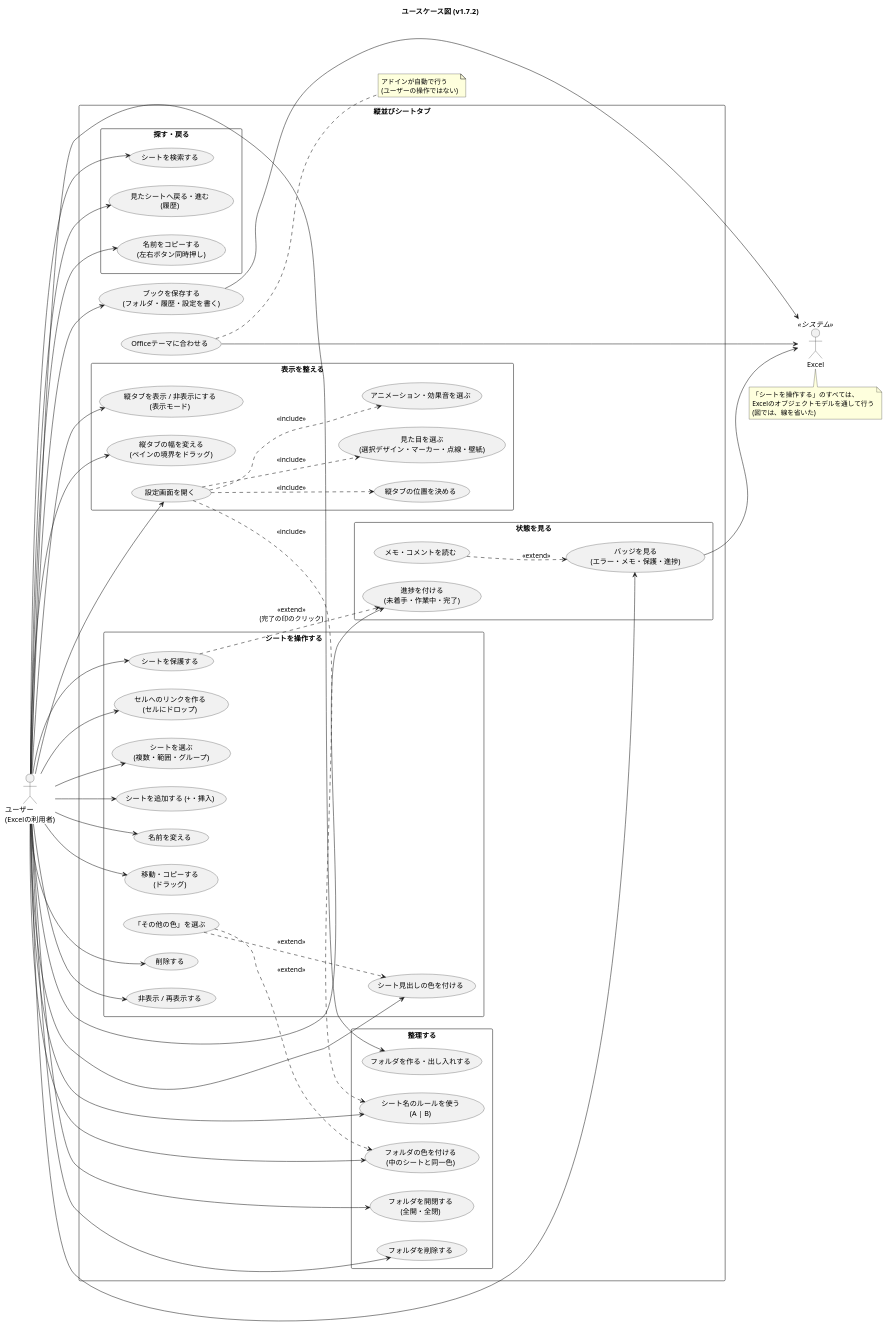
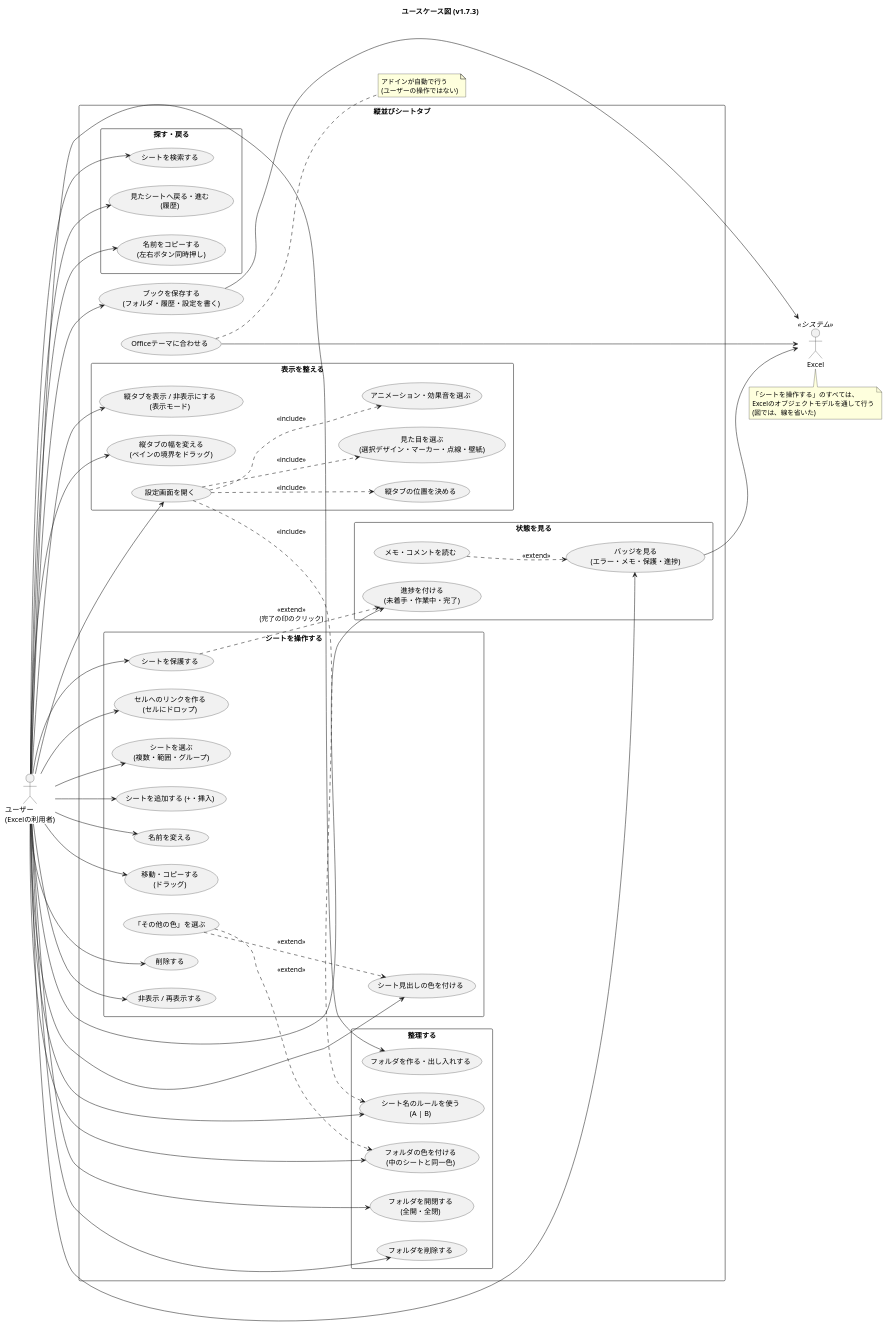
Before and after one commit to nk-taka623/VerticalSheetTabs: the diagram in docs/usecase.puml, drawn with PlantUML. The commit also changed 15 other files, not shown here.

```diff
--- a/docs/usecase.puml
+++ b/docs/usecase.puml
@@ -1,105 +1,105 @@
 @startuml
-title ユースケース図 (v1.7.2)
+title ユースケース図 (v1.7.3)
 left to right direction
 skinparam shadowing false
 skinparam packageStyle rectangle
 
 actor "ユーザー\n(Excelの利用者)" as U
 actor "Excel" as XL <<システム>>
 
 rectangle "縦並びシートタブ" {
 
   package "シートを操作する" {
     usecase "シートを選ぶ\n(複数・範囲・グループ)" as UC_SEL
     usecase "シートを追加する (+・挿入)" as UC_ADD
     usecase "名前を変える" as UC_REN
     usecase "移動・コピーする\n(ドラッグ)" as UC_MOVE
     usecase "削除する" as UC_DEL
     usecase "非表示 / 再表示する" as UC_HIDE
     usecase "シート見出しの色を付ける" as UC_COLOR
     usecase "「その他の色」を選ぶ" as UC_MORE
     usecase "シートを保護する" as UC_PROT
     usecase "セルへのリンクを作る\n(セルにドロップ)" as UC_LINK
   }
 
   package "整理する" {
     usecase "フォルダを作る・出し入れする" as UC_FOLDER
     usecase "フォルダを開閉する\n(全開・全閉)" as UC_TOGGLE
     usecase "フォルダの色を付ける\n(中のシートと同一色)" as UC_FCOLOR
     usecase "フォルダを削除する" as UC_FDEL
     usecase "シート名のルールを使う\n(A | B)" as UC_RULE
   }
 
   package "探す・戻る" {
     usecase "シートを検索する" as UC_SEARCH
     usecase "見たシートへ戻る・進む\n(履歴)" as UC_HIST
     usecase "名前をコピーする\n(左右ボタン同時押し)" as UC_COPY
   }
 
   package "状態を見る" {
     usecase "バッジを見る\n(エラー・メモ・保護・進捗)" as UC_BADGE
     usecase "メモ・コメントを読む" as UC_MEMO
     usecase "進捗を付ける\n(未着手・作業中・完了)" as UC_PROG
   }
 
   package "表示を整える" {
     usecase "縦タブを表示 / 非表示にする\n(表示モード)" as UC_MODE
     usecase "縦タブの位置を決める" as UC_SIDE
     usecase "縦タブの幅を変える\n(ペインの境界をドラッグ)" as UC_WIDTH
     usecase "設定画面を開く" as UC_SET
     usecase "見た目を選ぶ\n(選択デザイン・マーカー・点線・壁紙)" as UC_LOOK
     usecase "アニメーション・効果音を選ぶ" as UC_ANIM
   }
 
   usecase "ブックを保存する\n(フォルダ・履歴・設定を書く)" as UC_SAVE
   usecase "Officeテーマに合わせる" as UC_THEME
 }
 
 U --> UC_SEL
 U --> UC_ADD
 U --> UC_REN
 U --> UC_MOVE
 U --> UC_DEL
 U --> UC_HIDE
 U --> UC_COLOR
 U --> UC_PROT
 U --> UC_LINK
 U --> UC_FOLDER
 U --> UC_TOGGLE
 U --> UC_FCOLOR
 U --> UC_FDEL
 U --> UC_RULE
 U --> UC_SEARCH
 U --> UC_HIST
 U --> UC_COPY
 U --> UC_BADGE
 U --> UC_PROG
 U --> UC_MODE
 U --> UC_WIDTH
 U --> UC_SET
 U --> UC_SAVE
 
 UC_MORE ..> UC_COLOR : <<extend>>
 UC_MORE ..> UC_FCOLOR : <<extend>>
 UC_MEMO ..> UC_BADGE : <<extend>>
 UC_PROT ..> UC_PROG : <<extend>>\n(完了の印のクリック)
 UC_SET ..> UC_SIDE : <<include>>
 UC_SET ..> UC_LOOK : <<include>>
 UC_SET ..> UC_ANIM : <<include>>
 UC_SET ..> UC_RULE : <<include>>
 
 UC_SAVE --> XL
 UC_THEME --> XL
 UC_BADGE --> XL
 
 note bottom of XL
   「シートを操作する」のすべては、
   Excelのオブジェクトモデルを通して行う
   (図では、線を省いた)
 end note
 
 note right of UC_THEME
   アドインが自動で行う
   (ユーザーの操作ではない)
 end note
 @enduml
```
